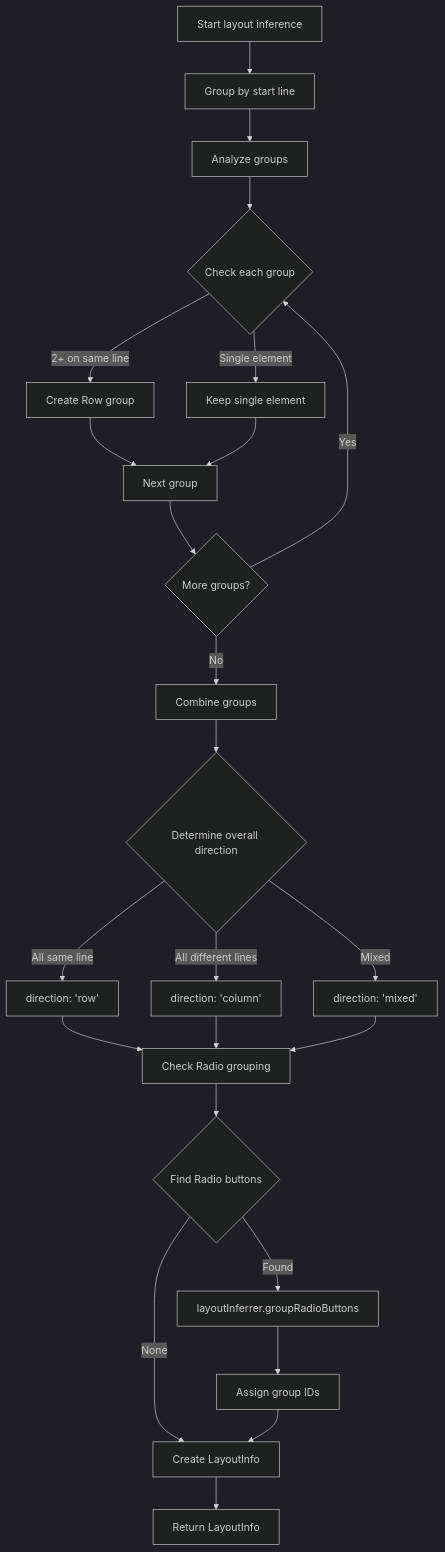
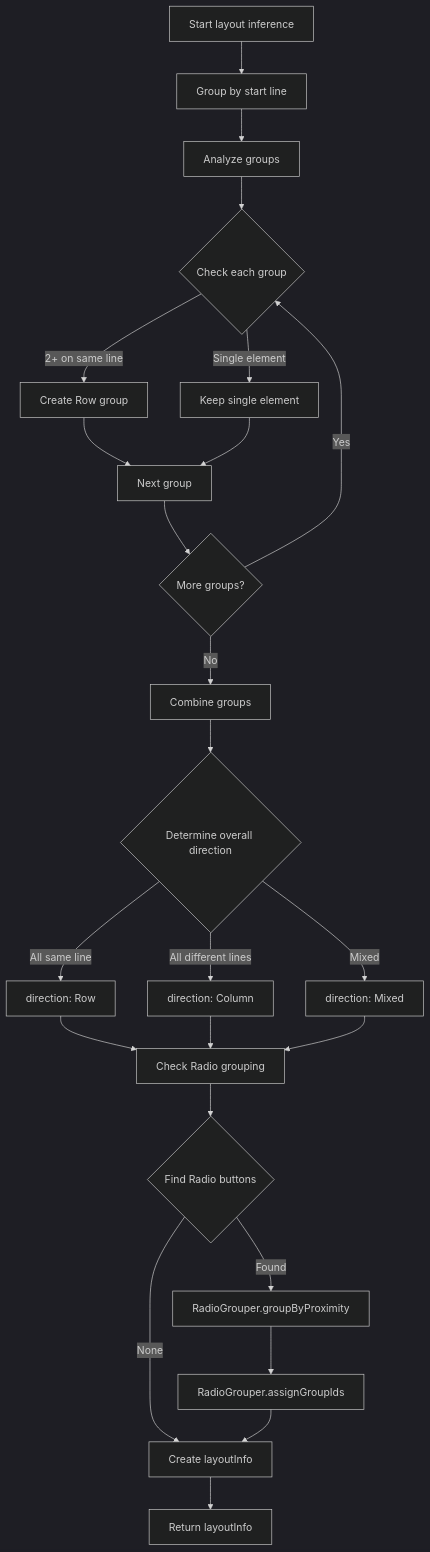
One commit to wickedev/wyreframe changed the eighth of 9 diagrams in .claude/specs/syntax-v2-parser/design.md. Above: the diagram before and after it, drawn with Mermaid (dark theme). The commit also changed other lines of this file and 12 other files, not shown here.

````diff
--- a/.claude/specs/syntax-v2-parser/design.md
+++ b/.claude/specs/syntax-v2-parser/design.md
@@ -970,37 +1270,37 @@
 ```mermaid
 flowchart TD
     START[Start layout inference] --> GROUP_BY_LINE[Group by start line]
 
     GROUP_BY_LINE --> ANALYZE_GROUPS[Analyze groups]
 
     ANALYZE_GROUPS --> CHECK_GROUP{Check each group}
 
     CHECK_GROUP -->|2+ on same line| ROW_GROUP[Create Row group]
     CHECK_GROUP -->|Single element| SINGLE_ELEMENT[Keep single element]
 
     ROW_GROUP --> NEXT_GROUP[Next group]
     SINGLE_ELEMENT --> NEXT_GROUP
 
     NEXT_GROUP --> MORE_GROUPS{More groups?}
     MORE_GROUPS -->|Yes| CHECK_GROUP
     MORE_GROUPS -->|No| COMBINE_GROUPS[Combine groups]
 
     COMBINE_GROUPS --> DETERMINE_DIR{Determine overall direction}
 
-    DETERMINE_DIR -->|All same line| DIR_ROW[direction: 'row']
-    DETERMINE_DIR -->|All different lines| DIR_COLUMN[direction: 'column']
-    DETERMINE_DIR -->|Mixed| DIR_MIXED[direction: 'mixed']
+    DETERMINE_DIR -->|All same line| DIR_ROW[direction: Row]
+    DETERMINE_DIR -->|All different lines| DIR_COLUMN[direction: Column]
+    DETERMINE_DIR -->|Mixed| DIR_MIXED[direction: Mixed]
 
     DIR_ROW --> CHECK_RADIO[Check Radio grouping]
     DIR_COLUMN --> CHECK_RADIO
     DIR_MIXED --> CHECK_RADIO
 
     CHECK_RADIO --> FIND_RADIOS{Find Radio buttons}
-    FIND_RADIOS -->|Found| GROUP_RADIOS[layoutInferrer.groupRadioButtons]
-    FIND_RADIOS -->|None| BUILD_LAYOUT[Create LayoutInfo]
+    FIND_RADIOS -->|Found| GROUP_RADIOS[RadioGrouper.groupByProximity]
+    FIND_RADIOS -->|None| BUILD_LAYOUT[Create layoutInfo]
 
-    GROUP_RADIOS --> ASSIGN_GROUPS[Assign group IDs]
+    GROUP_RADIOS --> ASSIGN_GROUPS[RadioGrouper.assignGroupIds]
     ASSIGN_GROUPS --> BUILD_LAYOUT
 
-    BUILD_LAYOUT --> RETURN[Return LayoutInfo]
+    BUILD_LAYOUT --> RETURN[Return layoutInfo]
 ```
````
